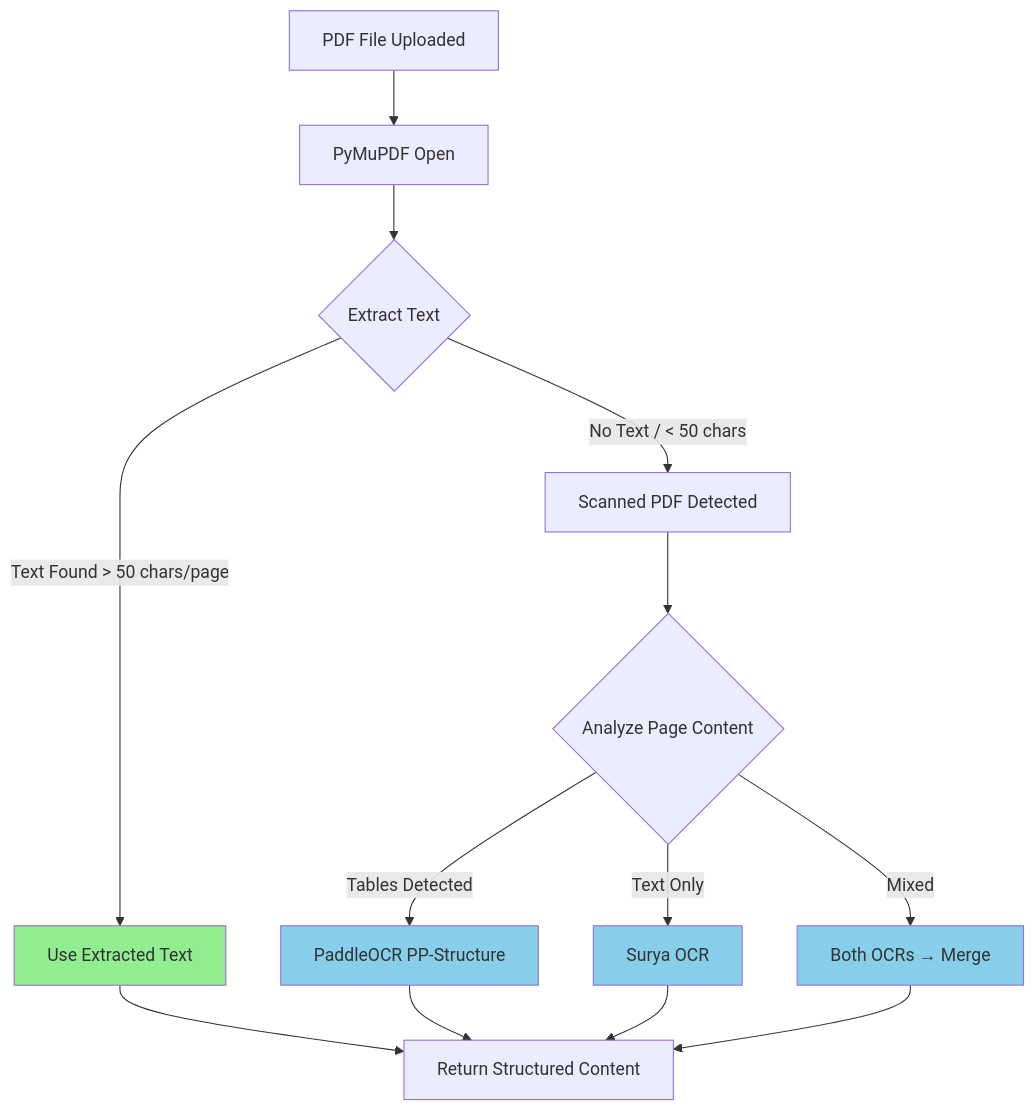
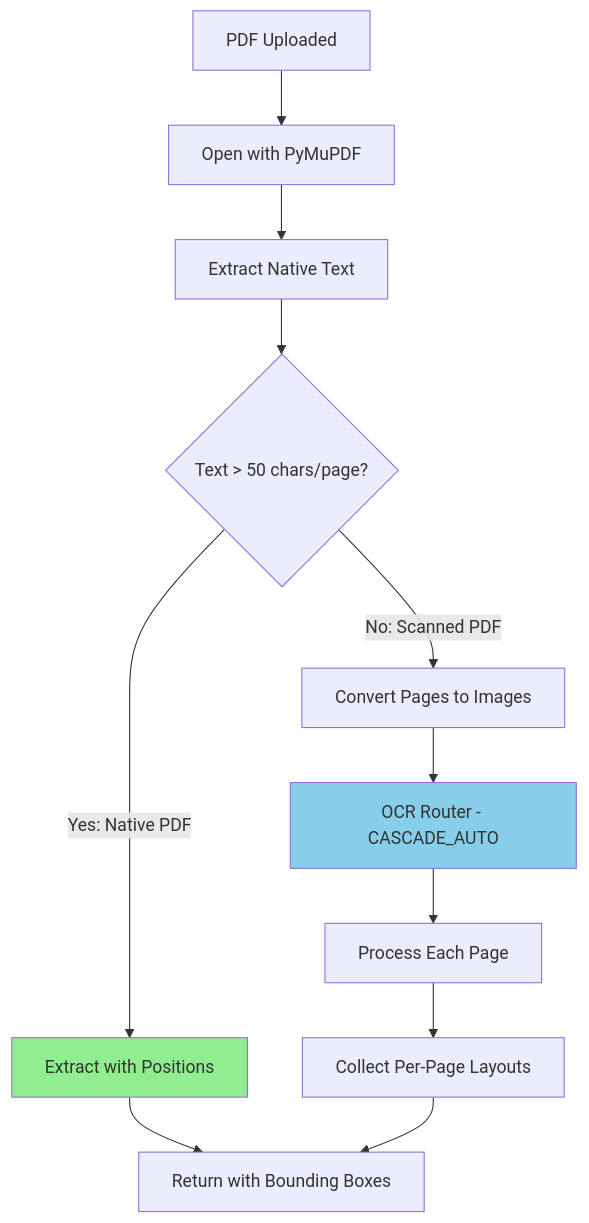
Before and after one commit to manumishra-zm/execution_plan: the third of 22 diagrams in upload_ocr.md, drawn with Mermaid. The commit also changed other lines of this file, not shown here.

````diff
--- a/upload_ocr.md
+++ b/upload_ocr.md
@@ -315,23 +445,19 @@
 ```mermaid
 flowchart TD
-    A[PDF File Uploaded] --> B[PyMuPDF Open]
-    B --> C{Extract Text}
+    A[PDF Uploaded] --> B[Open with PyMuPDF]
+    B --> C[Extract Native Text]
 
-    C -->|Text Found > 50 chars/page| D[Use Extracted Text]
-    C -->|No Text / < 50 chars| E[Scanned PDF Detected]
+    C --> D{Text > 50 chars/page?}
 
-    E --> F{Analyze Page Content}
-    F -->|Tables Detected| G[PaddleOCR PP-Structure]
-    F -->|Text Only| H[Surya OCR]
-    F -->|Mixed| I[Both OCRs → Merge]
+    D -->|Yes: Native PDF| E[Extract with Positions]
+    E --> F[Return with Bounding Boxes]
 
-    D --> J[Return Structured Content]
-    G --> J
-    H --> J
-    I --> J
+    D -->|No: Scanned PDF| G[Convert Pages to Images]
+    G --> H[OCR Router - CASCADE_AUTO]
+    H --> I[Process Each Page]
+    I --> J[Collect Per-Page Layouts]
+    J --> F
 
-    style D fill:#90EE90
-    style G fill:#87CEEB
+    style E fill:#90EE90
     style H fill:#87CEEB
-    style I fill:#87CEEB
 ```
````
